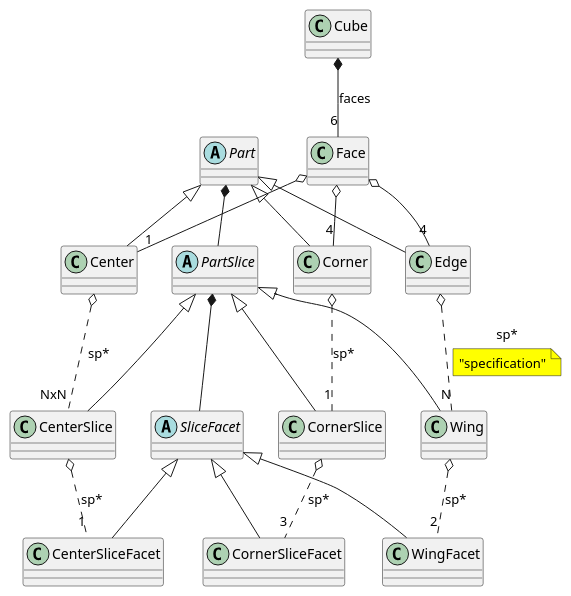
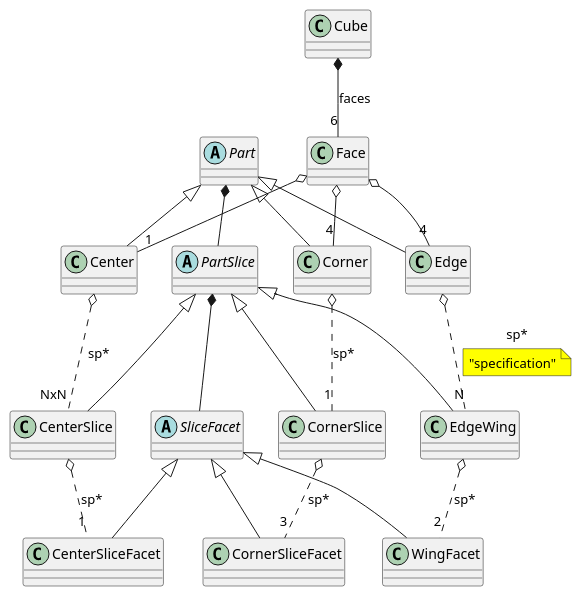
Before and after one commit to boaznahum/cubesolve: the diagram in cube/model/cube_model.puml, drawn with PlantUML. The commit also changed 12 other files, not shown here.

Commit message:
Add sequnece to readme, rename model elements according to diagram

```diff
--- a/cube/model/cube_model.puml
+++ b/cube/model/cube_model.puml
@@ -1,44 +1,44 @@
 @startuml
 'https://plantuml.com/class-diagram
 
 class Cube
 
 class Face
 
 abstract class Part
 abstract class PartSlice
 abstract class SliceFacet
 
 Part <|-- Edge
 Part <|-- Corner
 Part <|-- Center
 
 Part *-- PartSlice
 
-PartSlice <|-- Wing
+PartSlice <|-- EdgeWing
 PartSlice <|-- CornerSlice
 PartSlice <|-- CenterSlice
 
 
 Cube   *--  "6" Face: "faces"
 
 Face  o-- "1" Center
 Face  o-- "4" Edge
 Face  o-- "4" Corner
 
-Edge o.. "N" Wing: "sp*"
+Edge o.. "N" EdgeWing: "sp*"
 note on link #yellow: "specification"
 Corner o.. "1" CornerSlice: "sp*"
 Center o.. "NxN" CenterSlice: "sp*"
 
 PartSlice *-- SliceFacet
 
 SliceFacet <|-- WingFacet
 SliceFacet <|-- CornerSliceFacet
 SliceFacet <|-- CenterSliceFacet
 
-Wing o.. "2" WingFacet: "sp*"
+EdgeWing o.. "2" WingFacet: "sp*"
 CornerSlice o.. "3" CornerSliceFacet: "sp*"
 CenterSlice o.. "1" CenterSliceFacet: "sp*"
 
 @enduml
```
